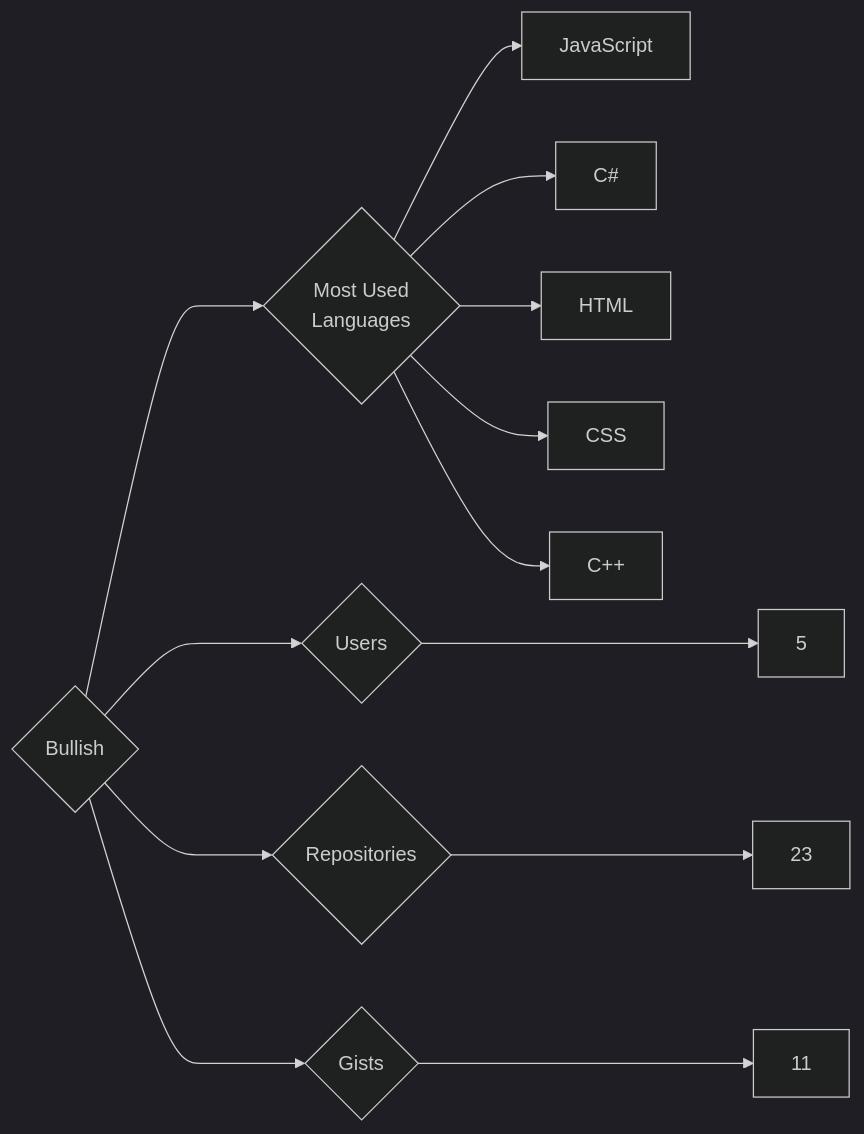
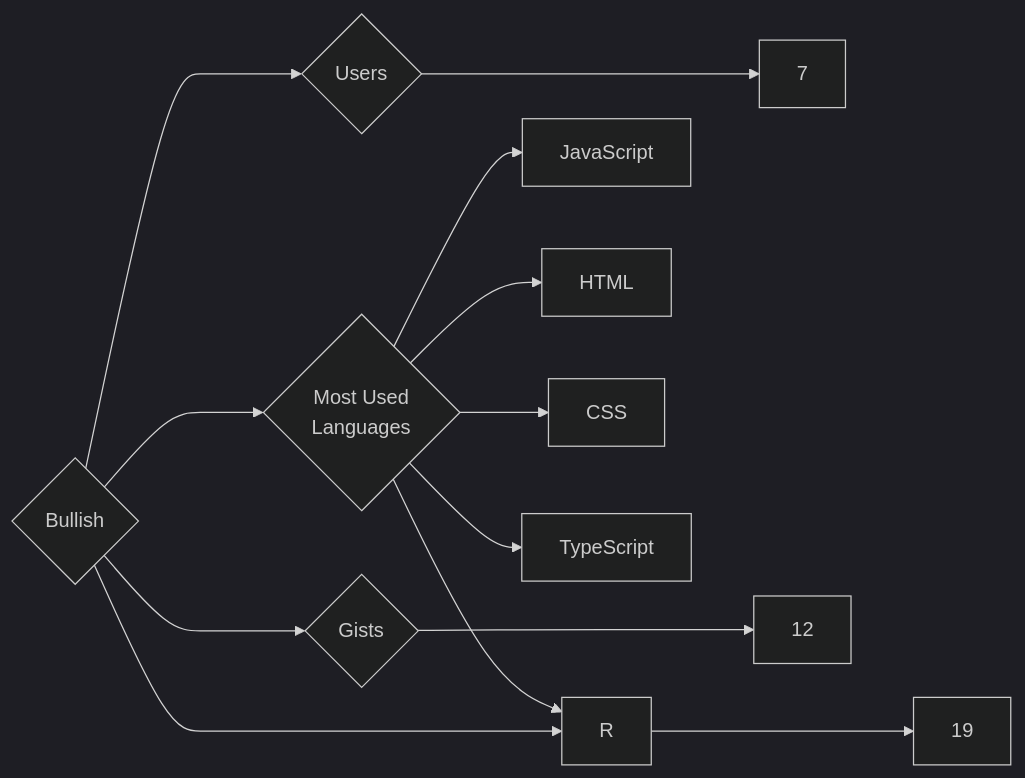
One commit to trickest/insiders changed the diagram in targets/Bullish/README.md. Above: the diagram before and after it, drawn with Mermaid (dark theme). The commit also changed 776 other files, not shown here.

````diff
--- a/targets/Bullish/README.md
+++ b/targets/Bullish/README.md
@@ -3,13 +3,13 @@
 ```mermaid
 graph LR
 COMPANY_NAME{Bullish}
-COMPANY_NAME ---> U{Users} ---> UN[5]
-COMPANY_NAME ---> R{Repositories} ---> RN[23]
-COMPANY_NAME ---> G{Gists} ---> GN[11]
+COMPANY_NAME ---> U{Users} ---> UN[7]
+COMPANY_NAME ---> R{Repositories} ---> RN[19]
+COMPANY_NAME ---> G{Gists} ---> GN[12]
 COMPANY_NAME ---> ML{Most Used<br>Languages}
 ML --> JavaScript[JavaScript]
-ML --> C#[C#]
 ML --> HTML[HTML]
 ML --> CSS[CSS]
-ML --> C++[C++]
+ML --> TypeScript[TypeScript]
+ML --> R[R]
 ```
````
